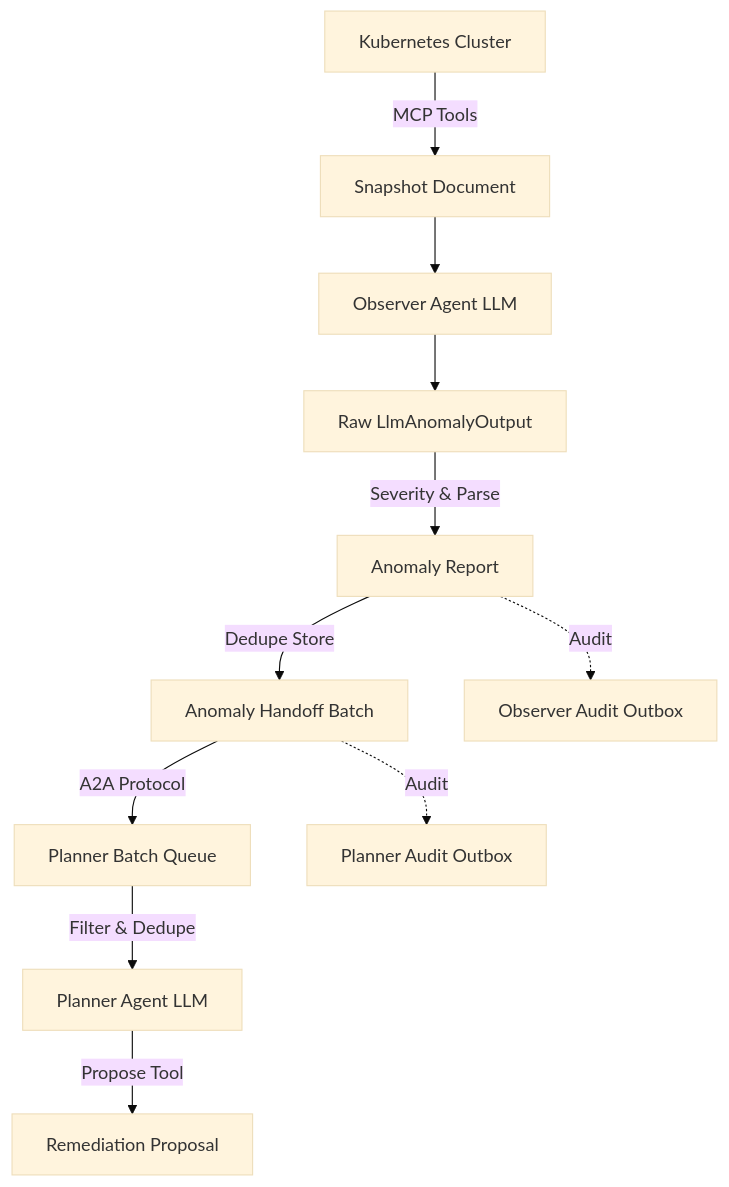
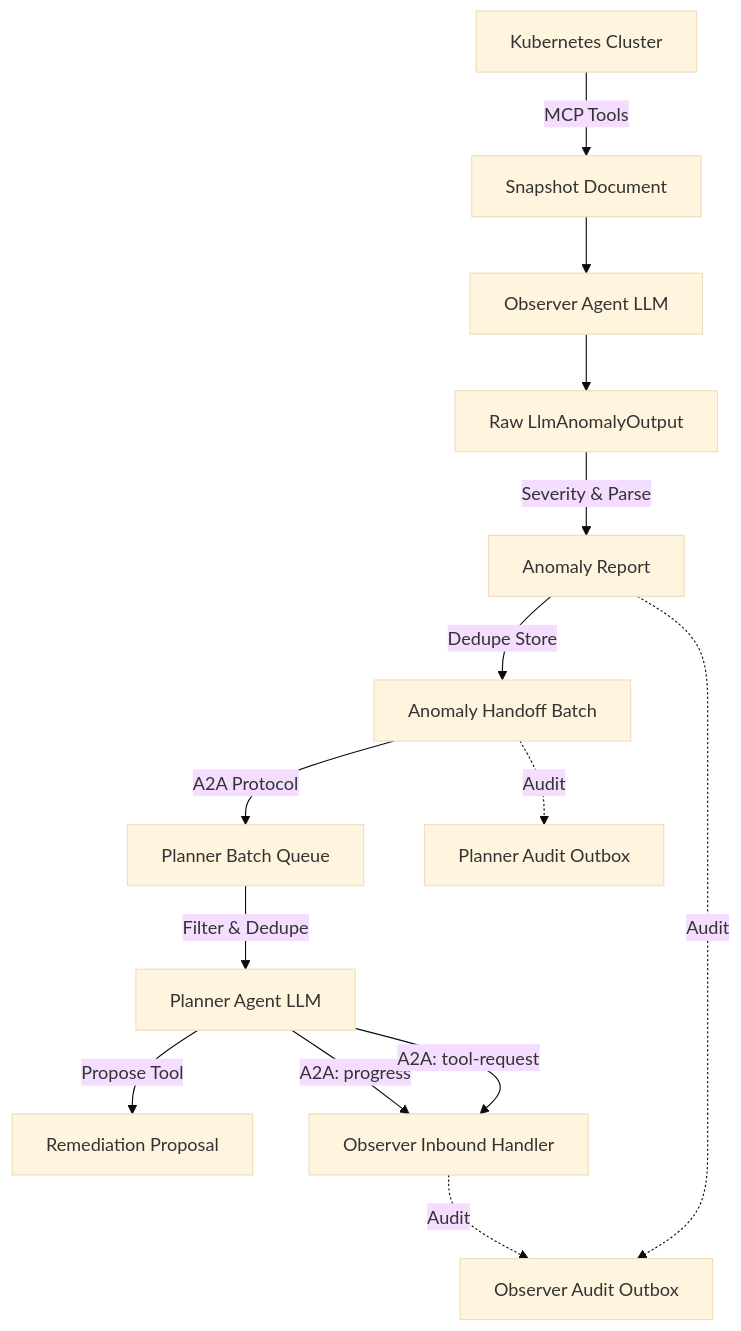
The first of 5 diagrams in docs/observer-planner-flow.md (mirusser/Kubernetes-MCP-Guard), drawn with Mermaid (base theme) before and after one commit. The commit also changed other lines of this file and 37 other files, not shown here.

````diff
--- a/docs/observer-planner-flow.md
+++ b/docs/observer-planner-flow.md
@@ -9,24 +16,28 @@
 ```mermaid
 flowchart TD
     k8s[Kubernetes Cluster]
     snapshot[Snapshot Document]
     obsAgent[Observer Agent LLM]
     rawAnomaly[Raw LlmAnomalyOutput]
     parsedAnomaly[Anomaly Report]
     handoffBatch[Anomaly Handoff Batch]
     queue[Planner Batch Queue]
     planAgent[Planner Agent LLM]
     proposal[Remediation Proposal]
 
     k8s -->|MCP Tools| snapshot
     snapshot --> obsAgent
     obsAgent --> rawAnomaly
     rawAnomaly -->|Severity & Parse| parsedAnomaly
     parsedAnomaly -->|Dedupe Store| handoffBatch
     handoffBatch -->|A2A Protocol| queue
     queue -->|Filter & Dedupe| planAgent
     planAgent -->|Propose Tool| proposal
     
     parsedAnomaly -.->|Audit| auditObs[Observer Audit Outbox]
     handoffBatch -.->|Audit| auditPlan[Planner Audit Outbox]
+
+    planAgent -->|A2A: progress| obsInbound[Observer Inbound Handler]
+    planAgent -->|A2A: tool-request| obsInbound
+    obsInbound -.->|Audit| auditObs
 ```
````
